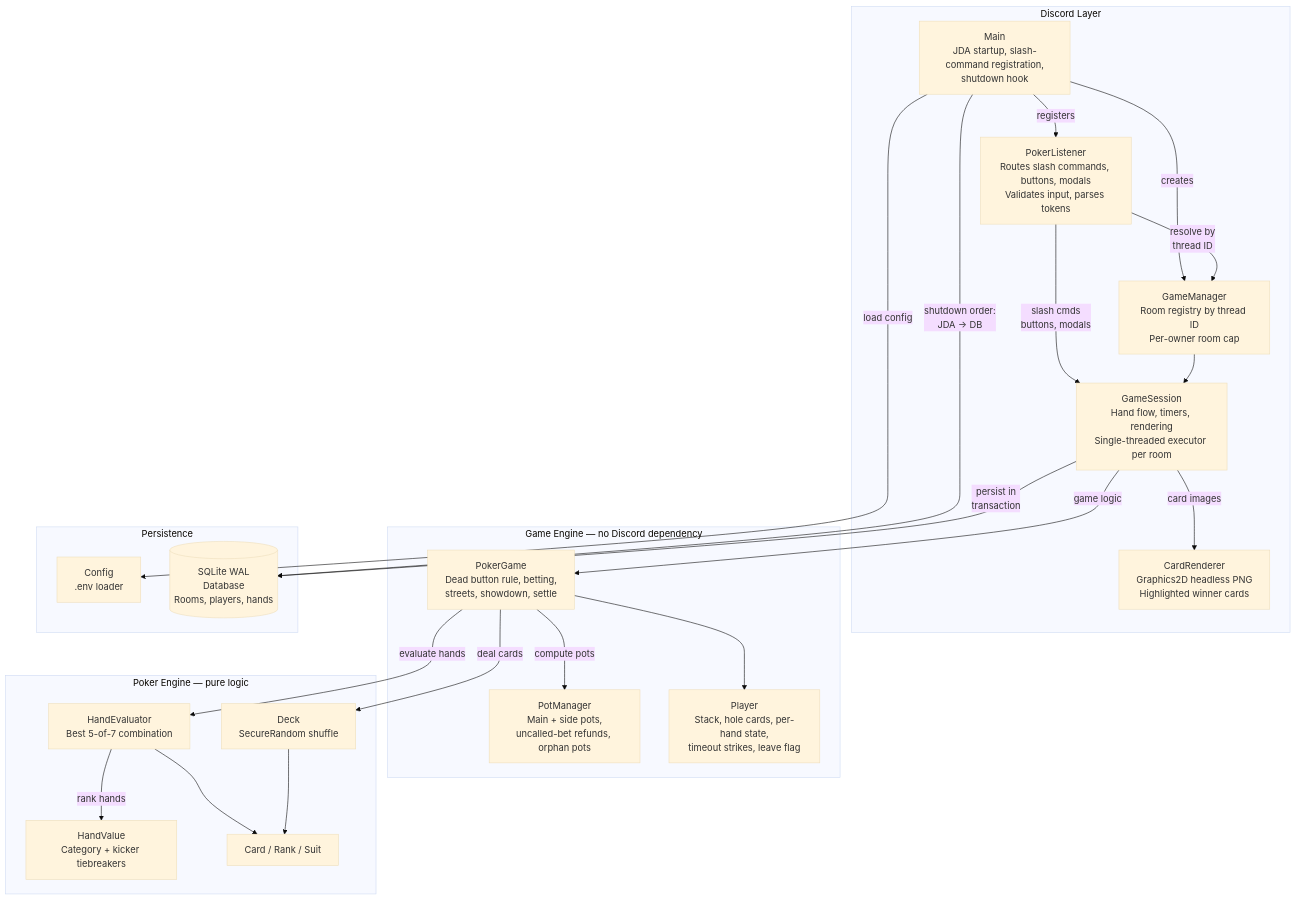
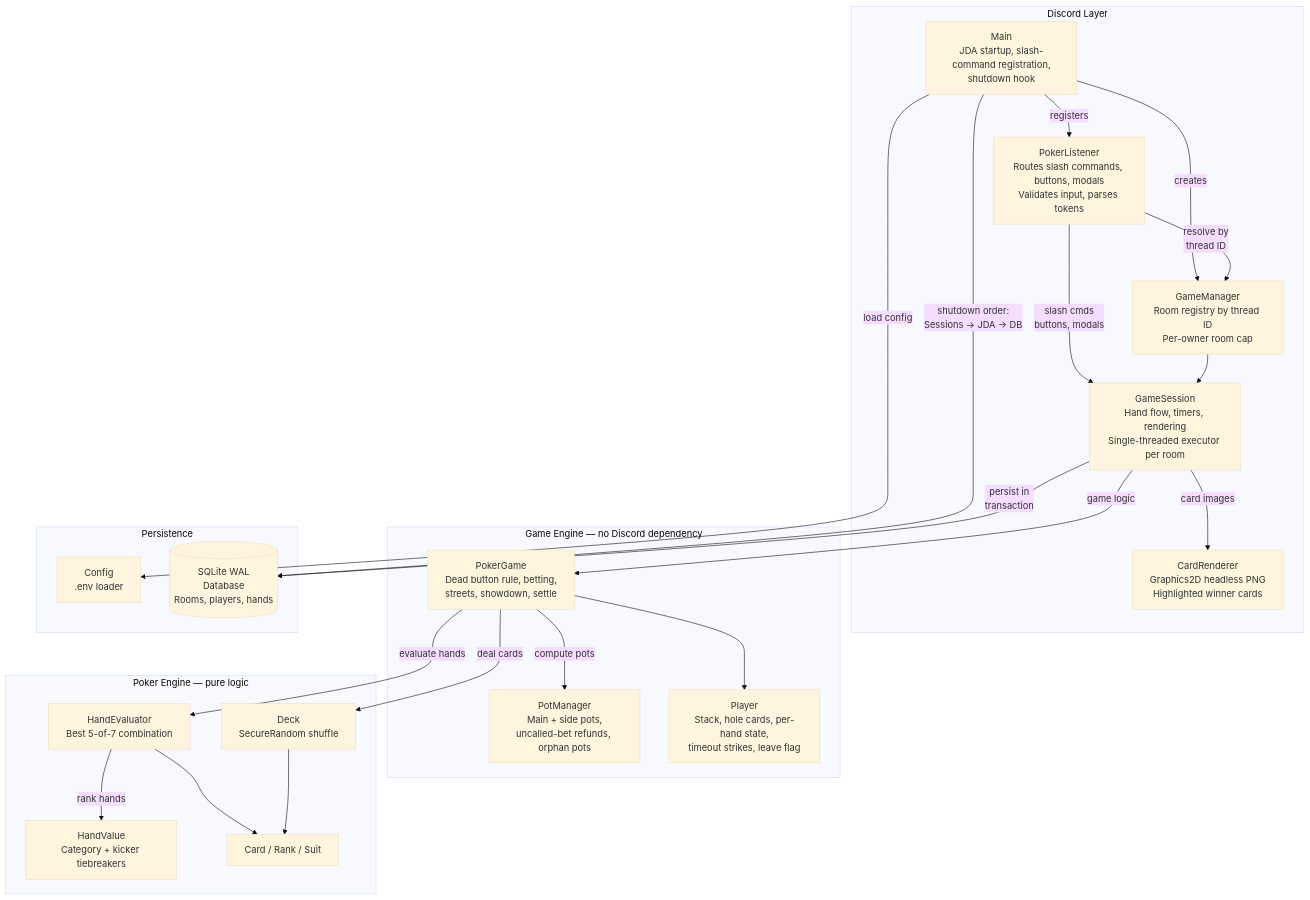
Before and after one commit to pwn2ooown/Java-Final: the first of 5 diagrams in README.md, drawn with Mermaid (base theme). The commit also changed 2 other files, not shown here.

Commit message:
Fix PR #1/#2 review: transaction rollback, REST timeout, shutdown race
- Database: run() and insertReturningKey() rethrow inside transactions
  so inTransaction() actually rolls back on partial failure (Copilot)
- GameSession.doInit/postHand: add 10s timeout to blocking complete()
  calls so a stuck REST call can't freeze the single-threaded executor
  indefinitely (Copilot)
- GameSession.destroy(): block with Future.get(5s) instead of async
  fire-and-forget, so the shutdown hook waits for endGame() to persist
  stacks before db.close() runs (Gemini + Copilot race condition)
- README: update shutdown ordering label to Sessions → JDA → DB

````diff
--- a/README.md
+++ b/README.md
@@ -54,46 +54,46 @@
 ```mermaid
 graph TD
     subgraph Discord["Discord Layer"]
         M[Main<br/>JDA startup, slash-command registration,<br/>shutdown hook]
         PL[PokerListener<br/>Routes slash commands, buttons, modals<br/>Validates input, parses tokens]
         GM[GameManager<br/>Room registry by thread ID<br/>Per-owner room cap]
         GS[GameSession<br/>Hand flow, timers, rendering<br/>Single-threaded executor per room]
         CR[CardRenderer<br/>Graphics2D headless PNG<br/>Highlighted winner cards]
     end
 
     subgraph Game["Game Engine — no Discord dependency"]
         PG[PokerGame<br/>Dead button rule, betting,<br/>streets, showdown, settle]
         PM[PotManager<br/>Main + side pots,<br/>uncalled-bet refunds, orphan pots]
         P[Player<br/>Stack, hole cards, per-hand state,<br/>timeout strikes, leave flag]
     end
 
     subgraph Engine["Poker Engine — pure logic"]
         HE[HandEvaluator<br/>Best 5-of-7 combination]
         HV[HandValue<br/>Category + kicker tiebreakers]
         D[Deck<br/>SecureRandom shuffle]
         C[Card / Rank / Suit]
     end
 
     subgraph Persistence
         CF[Config<br/>.env loader]
         DB[(SQLite WAL<br/>Database<br/>Rooms, players, hands)]
     end
 
     M -->|creates| GM
     M -->|registers| PL
-    M -->|shutdown order:<br/>JDA → DB| DB
+    M -->|shutdown order:<br/>Sessions → JDA → DB| DB
     PL -->|slash cmds<br/>buttons, modals| GS
     PL -->|resolve by<br/>thread ID| GM
     GS -->|game logic| PG
     GS -->|card images| CR
     GS -->|persist in<br/>transaction| DB
     PG -->|evaluate hands| HE
     PG -->|deal cards| D
     PG -->|compute pots| PM
     HE -->|rank hands| HV
     HE --> C
     D --> C
     PG --> P
     GM --> GS
     M -->|load config| CF
 ```
````
